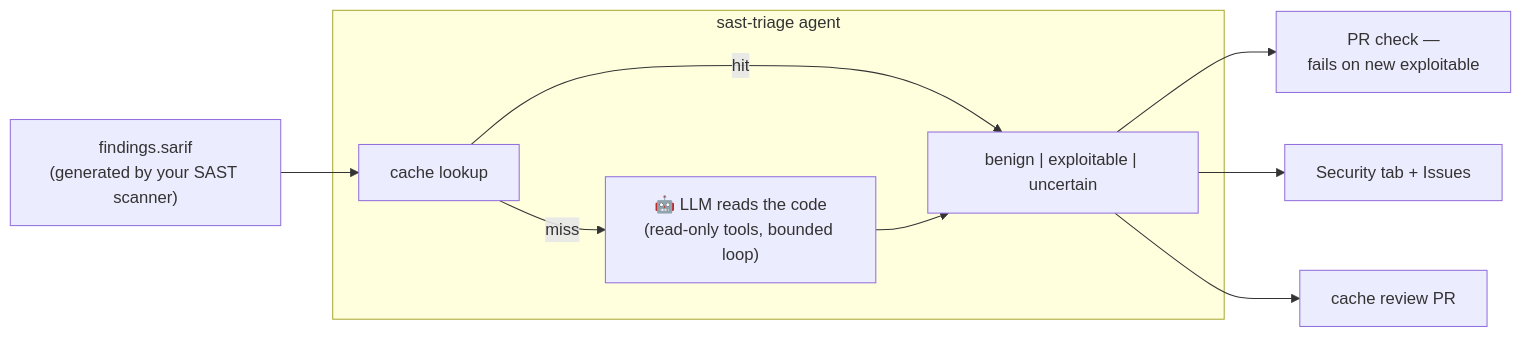
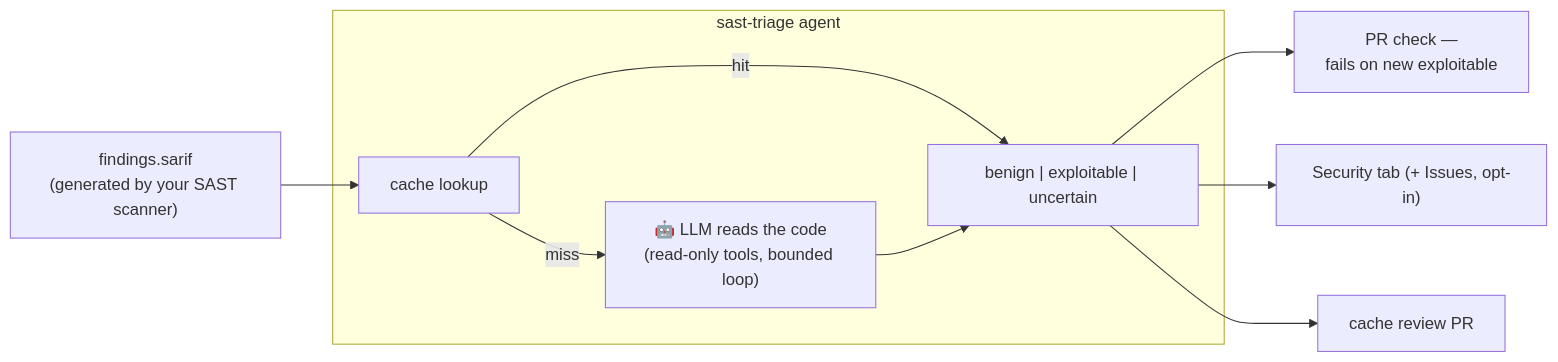
The diagram in README.md (alexpermiakov/sast-triage), drawn with Mermaid before and after one commit. The commit also changed other lines of this file and 3 other files, not shown here.

````diff
--- a/README.md
+++ b/README.md
@@ -16,12 +16,12 @@
 ```mermaid
 graph LR
     subgraph T["sast-triage agent"]
         B["cache lookup"] -->|hit| V["benign | exploitable | uncertain"]
         B -->|miss| E["🤖 LLM reads the code<br/>(read-only tools, bounded loop)"]
         E --> V
     end
     A["findings.sarif<br/>(generated by your SAST scanner)"] --> B
     V --> G["PR check —<br/>fails on new exploitable"]
-    V --> H["Security tab + Issues"]
+    V --> H["Security tab (+ Issues, opt-in)"]
     V --> P["cache review PR"]
 ```
````
